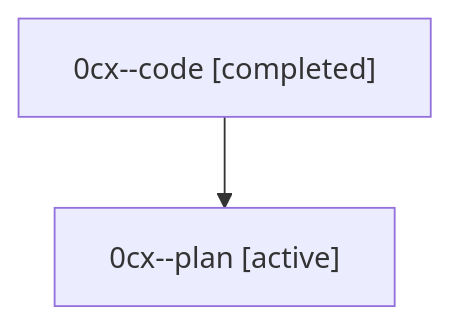
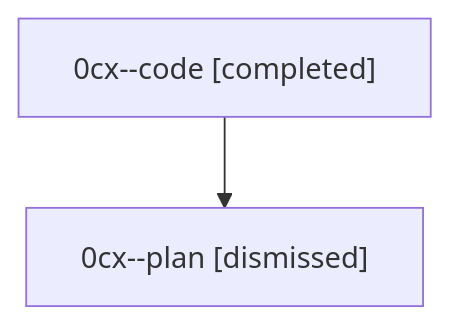
Before and after one commit to sase-org/sase--agents: the diagram in sessions/bbugyi200.athena.0cx.md, drawn with Mermaid. The commit also changed other lines of this file and 33 other files, not shown here.

````diff
--- a/sessions/bbugyi200.athena.0cx.md
+++ b/sessions/bbugyi200.athena.0cx.md
@@ -9,6 +9,6 @@
 ```mermaid
 flowchart TD
   n0["0cx--code [completed]"]
-  n1["0cx--plan [active]"]
+  n1["0cx--plan [dismissed]"]
   n0 --> n1
 ```
````
